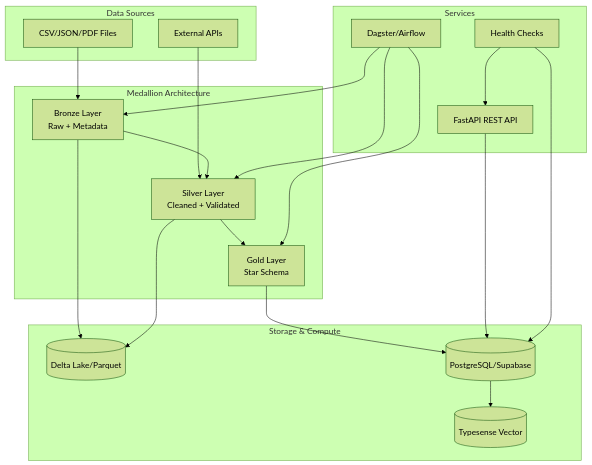
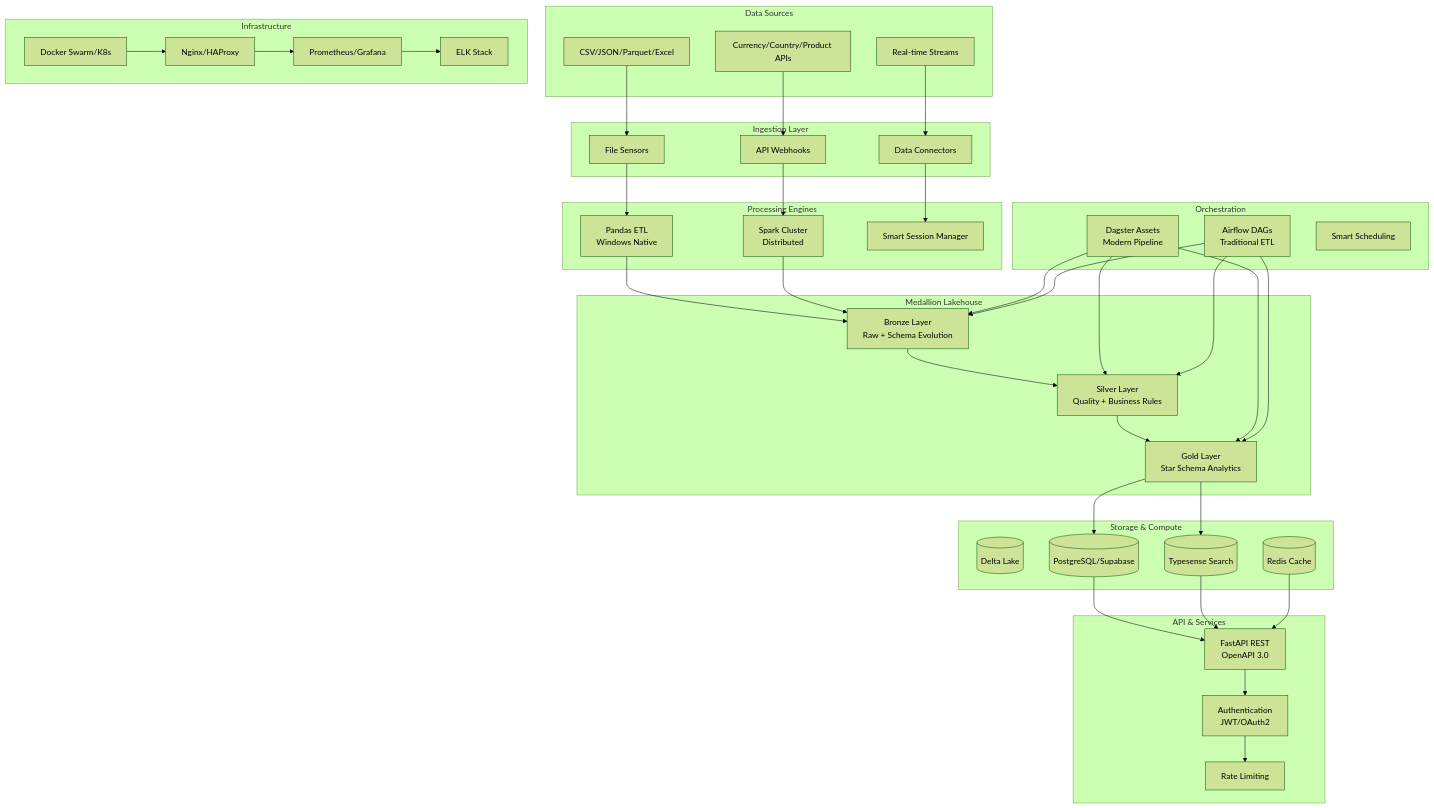
Before and after one commit to Camilo555/PwC-Challenge-DataEngineer: the diagram in README.md, drawn with Mermaid (forest theme). The commit also changed other lines of this file and 23 other files, not shown here.

First line of the commit message:
feat: Complete enterprise platform with advanced Spark processing and unified orchestration

````diff
--- a/README.md
+++ b/README.md
@@ -28,36 +30,87 @@
 ```mermaid
 graph TB
     subgraph "Data Sources"
-        Files[CSV/JSON/PDF Files]
-        APIs[External APIs]
+        Files[CSV/JSON/Parquet/Excel]
+        APIs[Currency/Country/Product APIs]
+        Streams[Real-time Streams]
     end
     
-    subgraph "Medallion Architecture" 
-        Bronze[Bronze Layer<br/>Raw + Metadata]
-        Silver[Silver Layer<br/>Cleaned + Validated]
-        Gold[Gold Layer<br/>Star Schema]
+    subgraph "Ingestion Layer"
+        Sensors[File Sensors]
+        Webhooks[API Webhooks] 
+        Connectors[Data Connectors]
+    end
+    
+    subgraph "Processing Engines"
+        Pandas[Pandas ETL<br/>Windows Native]
+        Spark[Spark Cluster<br/>Distributed]
+        Session[Smart Session Manager]
+    end
+    
+    subgraph "Medallion Lakehouse" 
+        Bronze[Bronze Layer<br/>Raw + Schema Evolution]
+        Silver[Silver Layer<br/>Quality + Business Rules]
+        Gold[Gold Layer<br/>Star Schema Analytics]
+    end
+    
+    subgraph "Orchestration"
+        Dagster[Dagster Assets<br/>Modern Pipeline]
+        Airflow[Airflow DAGs<br/>Traditional ETL]
+        Schedules[Smart Scheduling]
     end
     
     subgraph "Storage & Compute"
-        Storage[(Delta Lake/Parquet)]
+        DeltaLake[(Delta Lake)]
         Warehouse[(PostgreSQL/Supabase)]
-        Search[(Typesense Vector)]
+        VectorDB[(Typesense Search)]
+        Cache[(Redis Cache)]
     end
     
-    subgraph "Services"
-        API[FastAPI REST API]
-        Orchestration[Dagster/Airflow]
-        Monitoring[Health Checks]
+    subgraph "API & Services"
+        FastAPI[FastAPI REST<br/>OpenAPI 3.0]
+        Auth[Authentication<br/>JWT/OAuth2]
+        RateLimit[Rate Limiting]
     end
     
-    Files --> Bronze
-    APIs --> Silver
+    subgraph "Infrastructure"
+        Docker[Docker Swarm/K8s]
+        LoadBalancer[Nginx/HAProxy]
+        Monitoring[Prometheus/Grafana]
+        Logging[ELK Stack]
+    end
+    
+    Files --> Sensors
+    APIs --> Webhooks
+    Streams --> Connectors
+    
+    Sensors --> Pandas
+    Webhooks --> Spark
+    Connectors --> Session
+    
+    Pandas --> Bronze
+    Spark --> Bronze
     Bronze --> Silver
     Silver --> Gold
-    Bronze & Silver --> Storage
+    
     Gold --> Warehouse
-    Warehouse --> Search
-    API --> Warehouse
-    Orchestration --> Bronze & Silver & Gold
-    Monitoring --> API & Warehouse
+    Gold --> VectorDB
+    
+    Dagster --> Bronze
+    Dagster --> Silver  
+    Dagster --> Gold
+    
+    Airflow --> Bronze
+    Airflow --> Silver
+    Airflow --> Gold
+    
+    Warehouse --> FastAPI
+    VectorDB --> FastAPI
+    Cache --> FastAPI
+    
+    FastAPI --> Auth
+    Auth --> RateLimit
+    
+    Docker --> LoadBalancer
+    LoadBalancer --> Monitoring
+    Monitoring --> Logging
 ```
````
